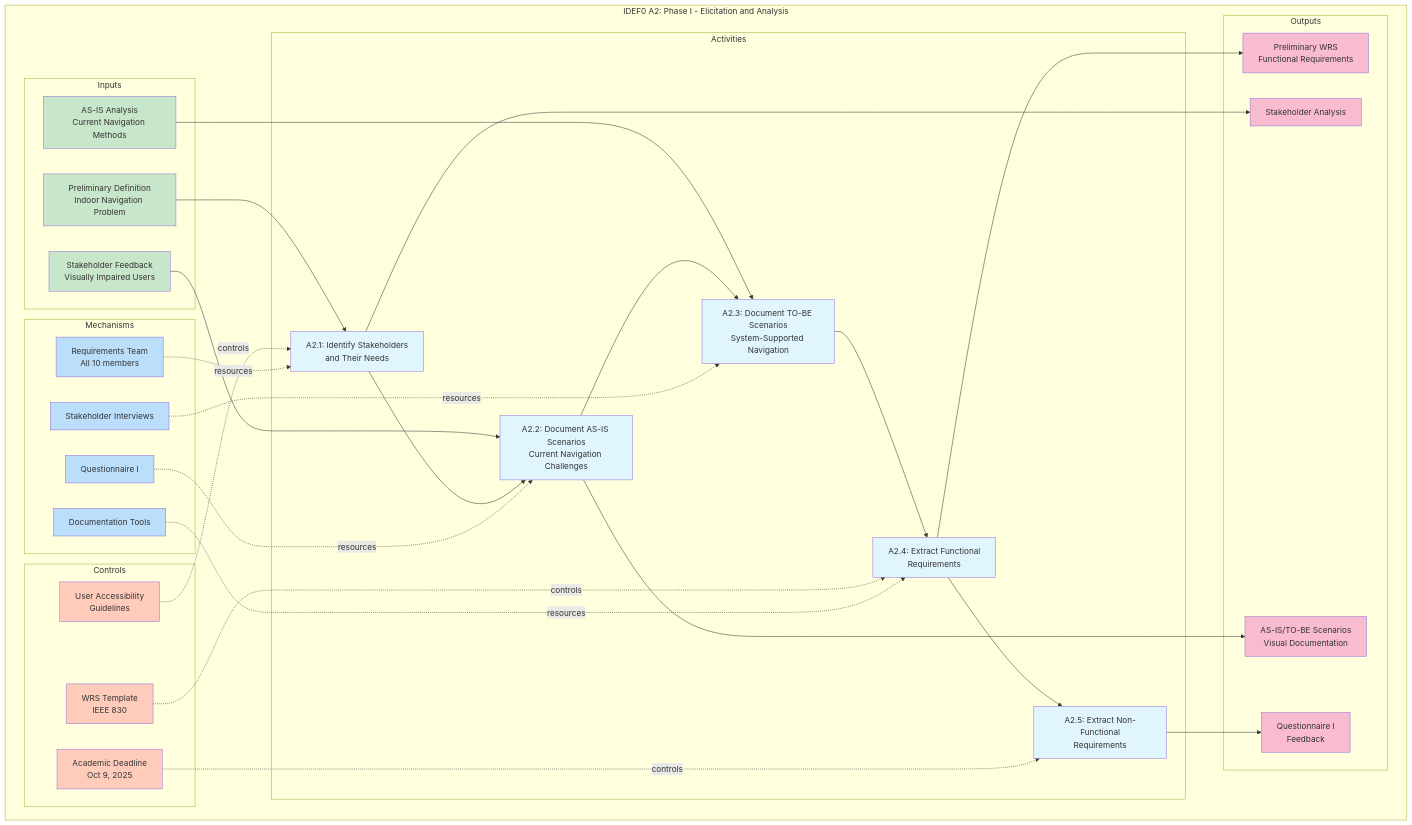
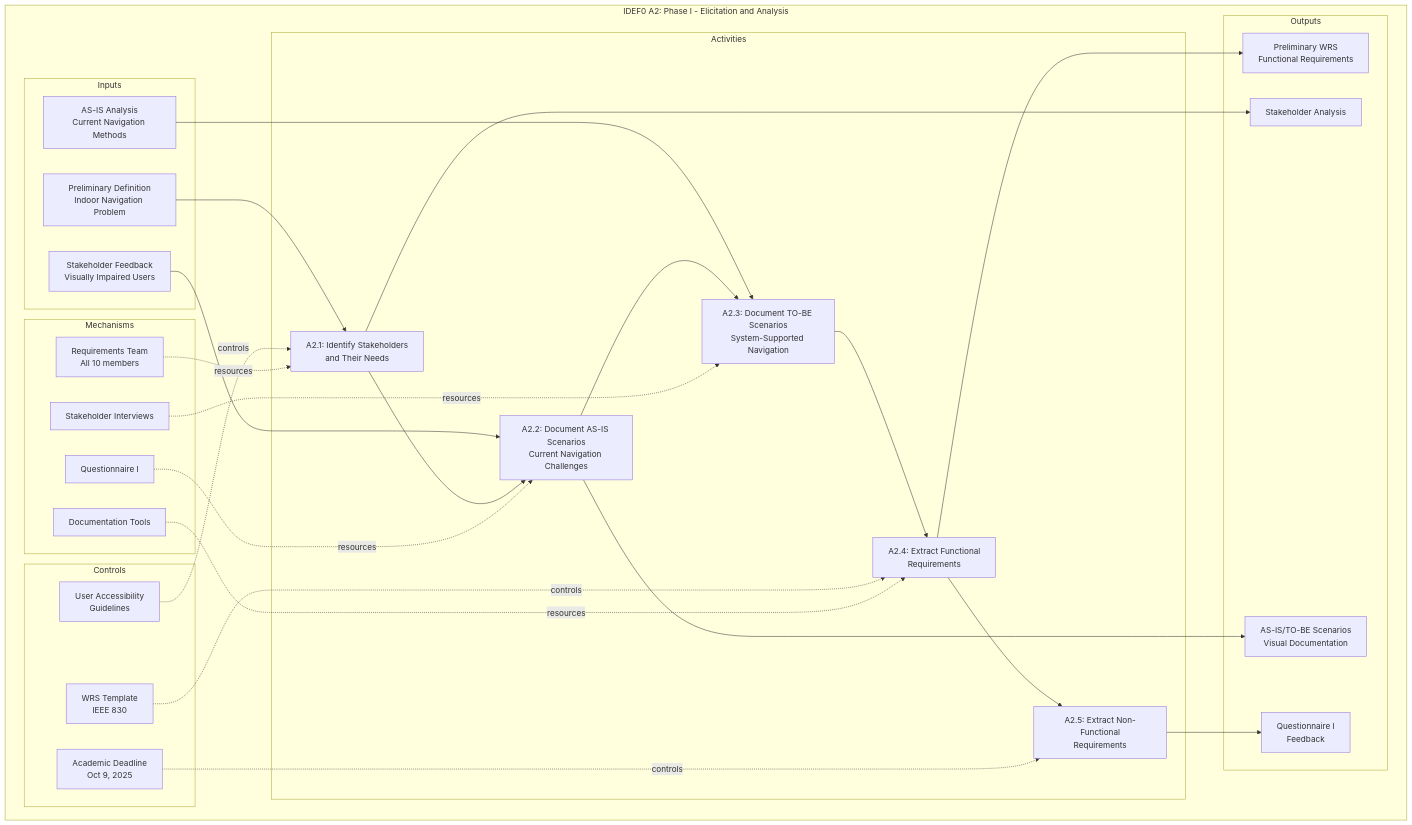
Before and after one commit to phamleduy04/se4351-mobile-f25: the fourth of 9 diagrams in docs/Project 2/Process Specification.md, drawn with Mermaid. The commit also changed other lines of this file, not shown here.

````diff
--- a/docs/Project 2/Process Specification.md
+++ b/docs/Project 2/Process Specification.md
@@ -256,29 +229,6 @@
         ACT2 --> O2
         ACT4 --> O1
         ACT5 --> O4
-        
-        style I1 fill:#C8E6C9
-        style I2 fill:#C8E6C9
-        style I3 fill:#C8E6C9
-        
-        style ACT1 fill:#E1F5FE
-        style ACT2 fill:#E1F5FE
-        style ACT3 fill:#E1F5FE
-        style ACT4 fill:#E1F5FE
-        style ACT5 fill:#E1F5FE
-        
-        style C1 fill:#FFCCBC
-        style C2 fill:#FFCCBC
-        style C3 fill:#FFCCBC
-        
-        style M1 fill:#BBDEFB
-        style M2 fill:#BBDEFB
-        style M3 fill:#BBDEFB
-        style M4 fill:#BBDEFB
-        
-        style O1 fill:#F8BBD0
-        style O2 fill:#F8BBD0
-        style O3 fill:#F8BBD0
-        style O4 fill:#F8BBD0
+
     end
 ```
````
